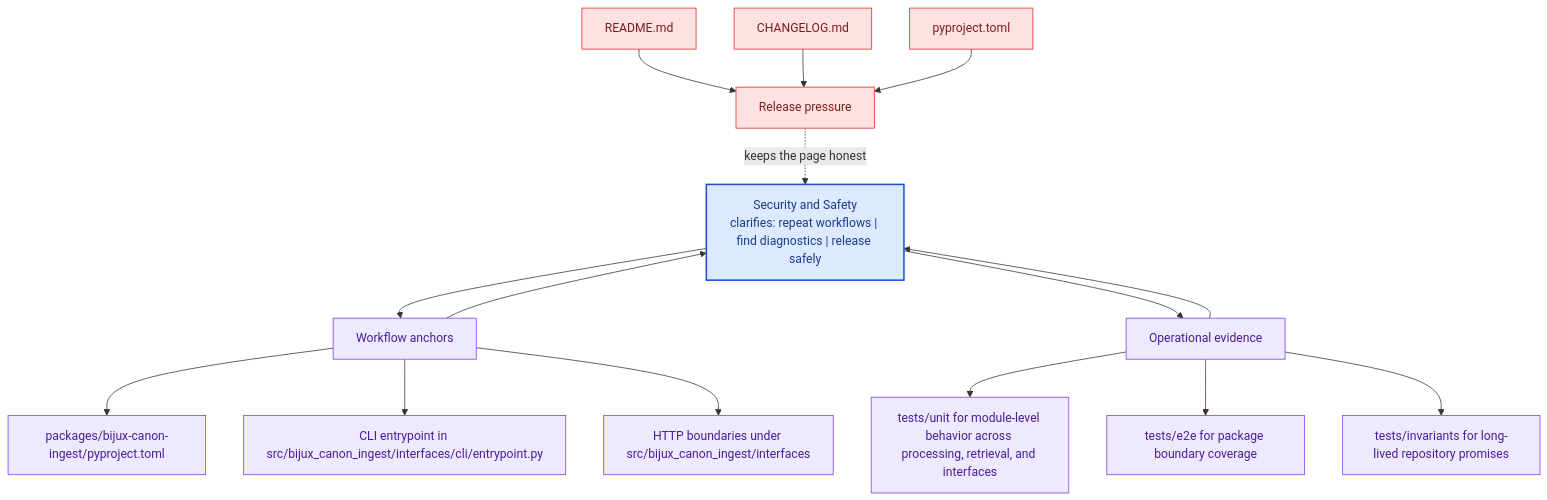
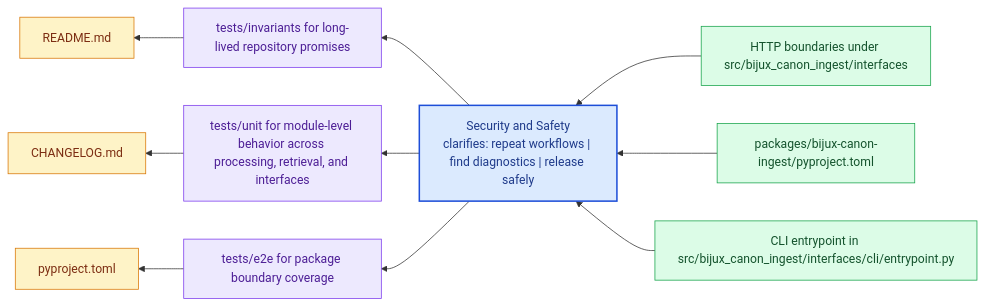
Before and after one commit to bijux/bijux-canon: the diagram in docs/bijux-canon-ingest/operations/security-and-safety.md, drawn with Mermaid. The commit also changed other lines of this file and 281 other files, not shown here.

Commit message:
docs(diagrams): replace repeated mermaid scaffolds with page-specific summaries

````diff
--- a/docs/bijux-canon-ingest/operations/security-and-safety.md
+++ b/docs/bijux-canon-ingest/operations/security-and-safety.md
@@ -67,41 +22,31 @@
 ```mermaid
-flowchart TB
-    promise["Security and Safety<br/>clarifies: repeat workflows | find diagnostics | release safely"]
-    classDef promise fill:#dbeafe,stroke:#1d4ed8,color:#1e3a8a,stroke-width:2px;
-    classDef driver fill:#dcfce7,stroke:#16a34a,color:#14532d;
-    classDef constraint fill:#fee2e2,stroke:#dc2626,color:#7f1d1d;
-    classDef ground fill:#ede9fe,stroke:#7c3aed,color:#4c1d95;
-    focus1["Workflow anchors"]
-    focus1 --> promise
-    promise --> focus1
-    focus1_1["packages/bijux-canon-ingest/pyproject.toml"]
-    focus1 --> focus1_1
-    focus1_2["CLI entrypoint in src/bijux_canon_ingest/interfaces/cli/entrypoint.py"]
-    focus1 --> focus1_2
-    focus1_3["HTTP boundaries under src/bijux_canon_ingest/interfaces"]
-    focus1 --> focus1_3
-    class focus1 ground;
-    class focus1_1,focus1_2,focus1_3 ground;
-    focus2["Operational evidence"]
-    focus2 --> promise
-    promise --> focus2
-    focus2_1["tests/unit for module-level behavior across processing, retrieval, and interfaces"]
-    focus2 --> focus2_1
-    focus2_2["tests/e2e for package boundary coverage"]
-    focus2 --> focus2_2
-    focus2_3["tests/invariants for long-lived repository promises"]
-    focus2 --> focus2_3
-    class focus2 ground;
-    class focus2_1,focus2_2,focus2_3 ground;
-    focus3["Release pressure"]
-    focus3 -.keeps the page honest.-> promise
-    focus3_1["README.md"]
-    focus3_1 --> focus3
-    focus3_2["CHANGELOG.md"]
-    focus3_2 --> focus3
-    focus3_3["pyproject.toml"]
-    focus3_3 --> focus3
-    class focus3 constraint;
-    class focus3_1,focus3_2,focus3_3 constraint;
-    class promise promise;
+flowchart RL
+    page["Security and Safety<br/>clarifies: repeat workflows | find diagnostics | release safely"]
+    classDef page fill:#dbeafe,stroke:#1d4ed8,color:#1e3a8a,stroke-width:2px;
+    classDef positive fill:#dcfce7,stroke:#16a34a,color:#14532d;
+    classDef caution fill:#fee2e2,stroke:#dc2626,color:#7f1d1d;
+    classDef anchor fill:#ede9fe,stroke:#7c3aed,color:#4c1d95;
+    classDef action fill:#fef3c7,stroke:#d97706,color:#7c2d12;
+    step1["HTTP boundaries under src/bijux_canon_ingest/interfaces"]
+    step1 --> page
+    step2["packages/bijux-canon-ingest/pyproject.toml"]
+    step2 --> page
+    step3["CLI entrypoint in src/bijux_canon_ingest/interfaces/cli/entrypoint.py"]
+    step3 --> page
+    run1["tests/invariants for long-lived repository promises"]
+    page --> run1
+    run2["tests/unit for module-level behavior across processing, retrieval, and interfaces"]
+    page --> run2
+    run3["tests/e2e for package boundary coverage"]
+    page --> run3
+    release1["README.md"]
+    run1 --> release1
+    release2["CHANGELOG.md"]
+    run2 --> release2
+    release3["pyproject.toml"]
+    run3 --> release3
+    class page page;
+    class step1,step2,step3 positive;
+    class run1,run2,run3 anchor;
+    class release1,release2,release3 action;
 ```
````
